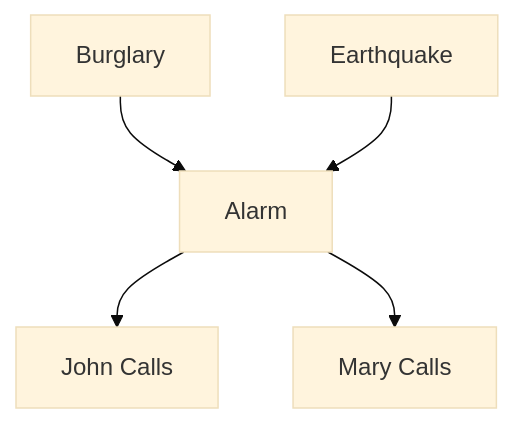
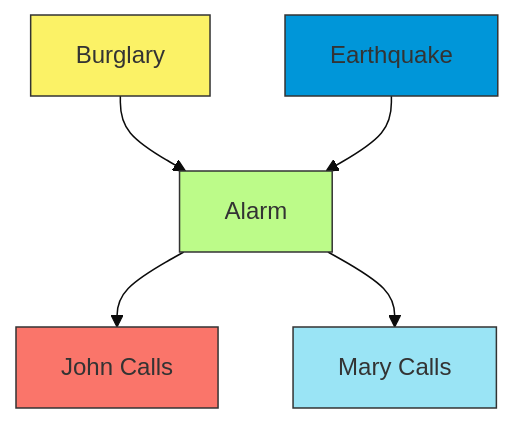
The sixth of 13 diagrams in C_4.md (Chaklader/part-of-speech-tagging), drawn with Mermaid (base theme) before and after one commit. The commit also changed other lines of this file, not shown here.

````diff
--- a/C_4.md
+++ b/C_4.md
@@ -1054,7 +1074,14 @@
 ```mermaid
 graph TD
     B[Burglary] --> A[Alarm]
     E[Earthquake] --> A
     A --> J[John Calls]
     A --> M[Mary Calls]
+
+    style A fill:#BCFB89,stroke:#333,stroke-width:1px
+    style B fill:#FBF266,stroke:#333,stroke-width:1px
+    style E fill:#0096D9,stroke:#333,stroke-width:1px
+    style J fill:#FA756A,stroke:#333,stroke-width:1px
+    style M fill:#9AE4F5,stroke:#333,stroke-width:1px
+
 ```
````
